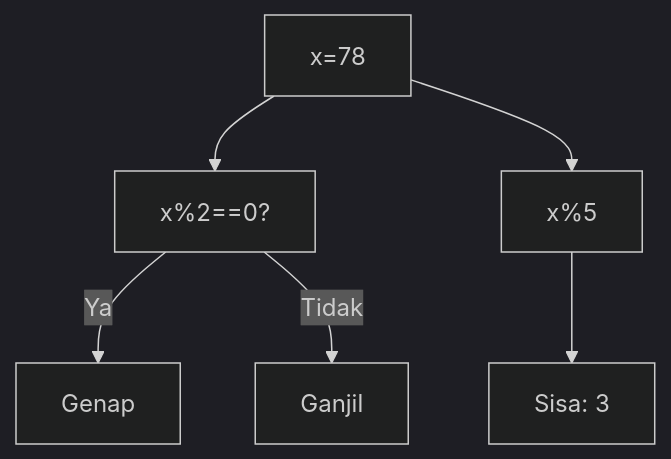
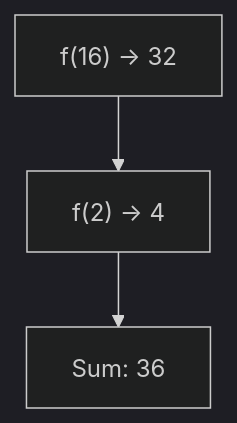
One commit to amnahwaida/OSNK_INF_PREP changed the sixth of 25 diagrams in part-c-pemahaman-cpp/04-fungsi/latihan/set-09.md. Above: the diagram before and after it, drawn with Mermaid (dark theme). The commit also changed other lines of this file and 71 other files, not shown here.

````diff
--- a/part-c-pemahaman-cpp/04-fungsi/latihan/set-09.md
+++ b/part-c-pemahaman-cpp/04-fungsi/latihan/set-09.md
@@ -214,8 +154,5 @@
 ```mermaid
 graph TD
-A["x=78"] --> B["x%2==0?"]
-B -- Ya --> C["Genap"]
-B -- Tidak --> D["Ganjil"]
-A --> E["x%5"]
-E --> F["Sisa: 3"]
+A["f(16) -> 32"] --> B["f(2) -> 4"]
+B --> C["Sum: 36"]
 ```
````
